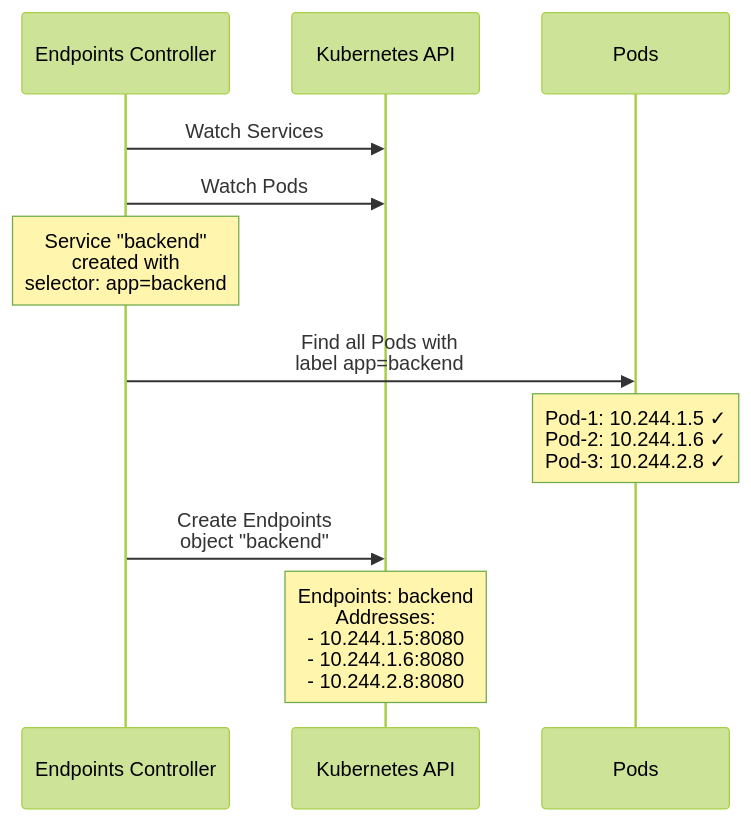
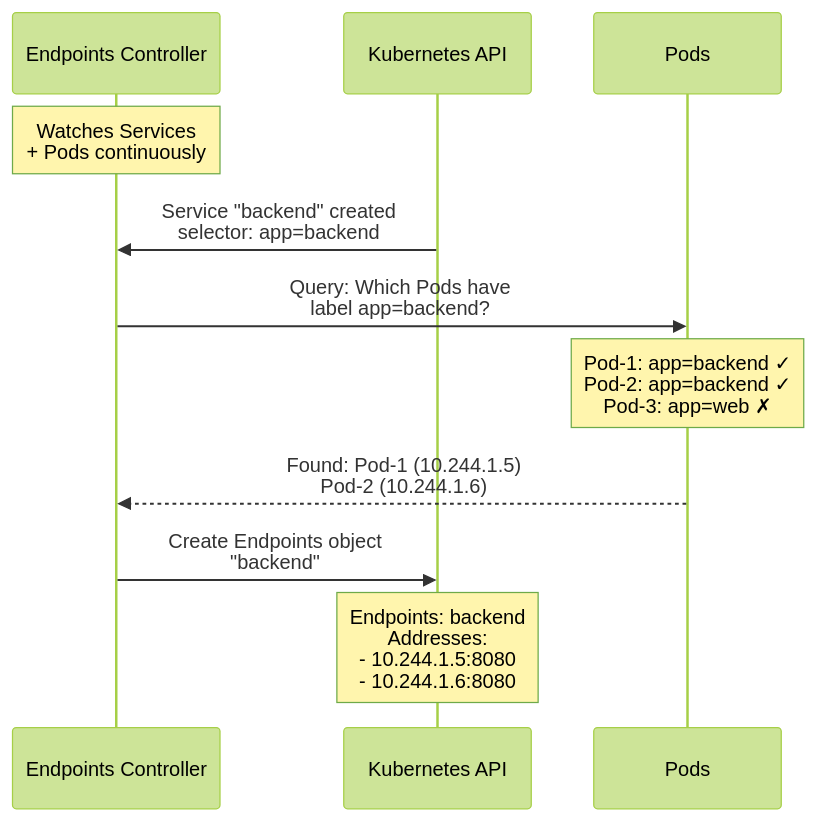
The fifth of 10 diagrams in k8s/02_Kubernetes_Services_Networking.md (Anmol33/SystemDesign), drawn with Mermaid (forest theme) before and after one commit. The commit also changed other lines of this file and 1 other file, not shown here.

First line of the commit message:
MAJOR REORGANIZATION: Transform Service networking into professional Medium-style post

````diff
--- a/k8s/02_Kubernetes_Services_Networking.md
+++ b/k8s/02_Kubernetes_Services_Networking.md
@@ -784,19 +515,20 @@
 ```mermaid
 sequenceDiagram
     participant EC as Endpoints Controller
     participant API as Kubernetes API
     participant Pods as Pods
     
-    EC->>API: Watch Services
-    EC->>API: Watch Pods
+    Note over EC: Watches Services<br/>+ Pods continuously
     
-    Note over EC: Service "backend"<br/>created with<br/>selector: app=backend
+    API->>EC: Service "backend" created<br/>selector: app=backend
     
-    EC->>Pods: Find all Pods with<br/>label app=backend
+    EC->>Pods: Query: Which Pods have<br/>label app=backend?
     
-    Note over Pods: Pod-1: 10.244.1.5 ✓<br/>Pod-2: 10.244.1.6 ✓<br/>Pod-3: 10.244.2.8 ✓
+    Note over Pods: Pod-1: app=backend ✓<br/>Pod-2: app=backend ✓<br/>Pod-3: app=web ✗
     
-    EC->>API: Create Endpoints<br/>object "backend"
+    Pods-->>EC: Found: Pod-1 (10.244.1.5)<br/>Pod-2 (10.244.1.6)
     
-    Note over API: Endpoints: backend<br/>Addresses:<br/>- 10.244.1.5:8080<br/>- 10.244.1.6:8080<br/>- 10.244.2.8:8080
+    EC->>API: Create Endpoints object<br/>"backend"
+    
+    Note over API: Endpoints: backend<br/>Addresses:<br/>- 10.244.1.5:8080<br/>- 10.244.1.6:8080
 ```
````
